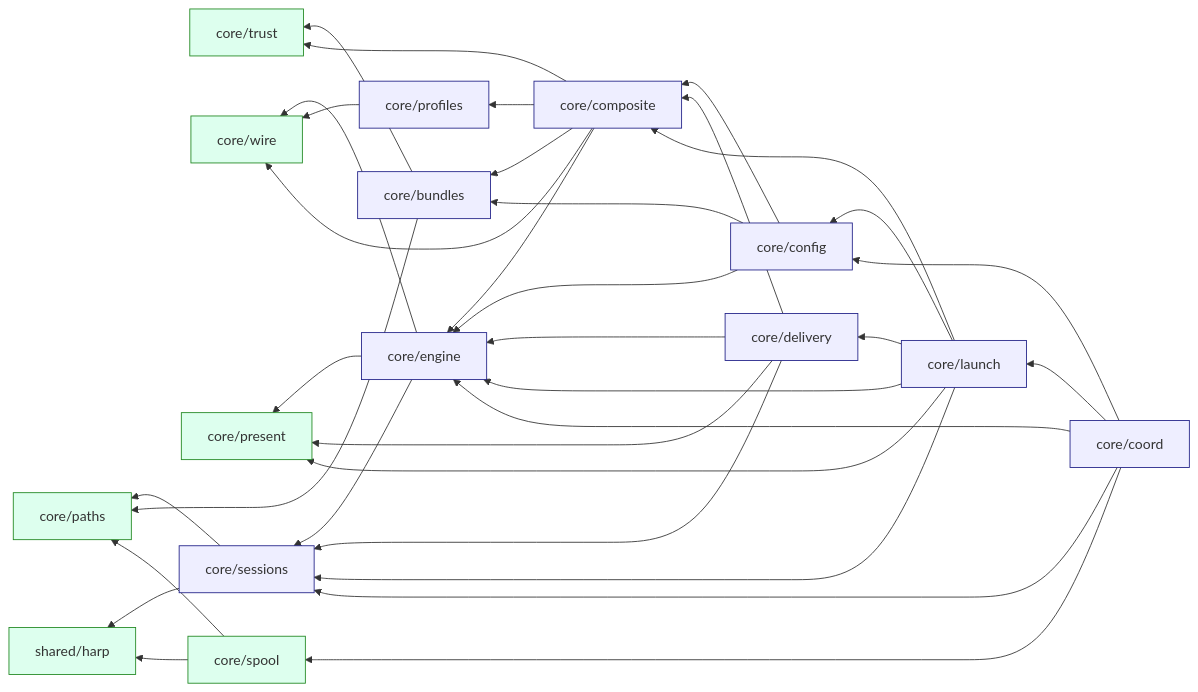
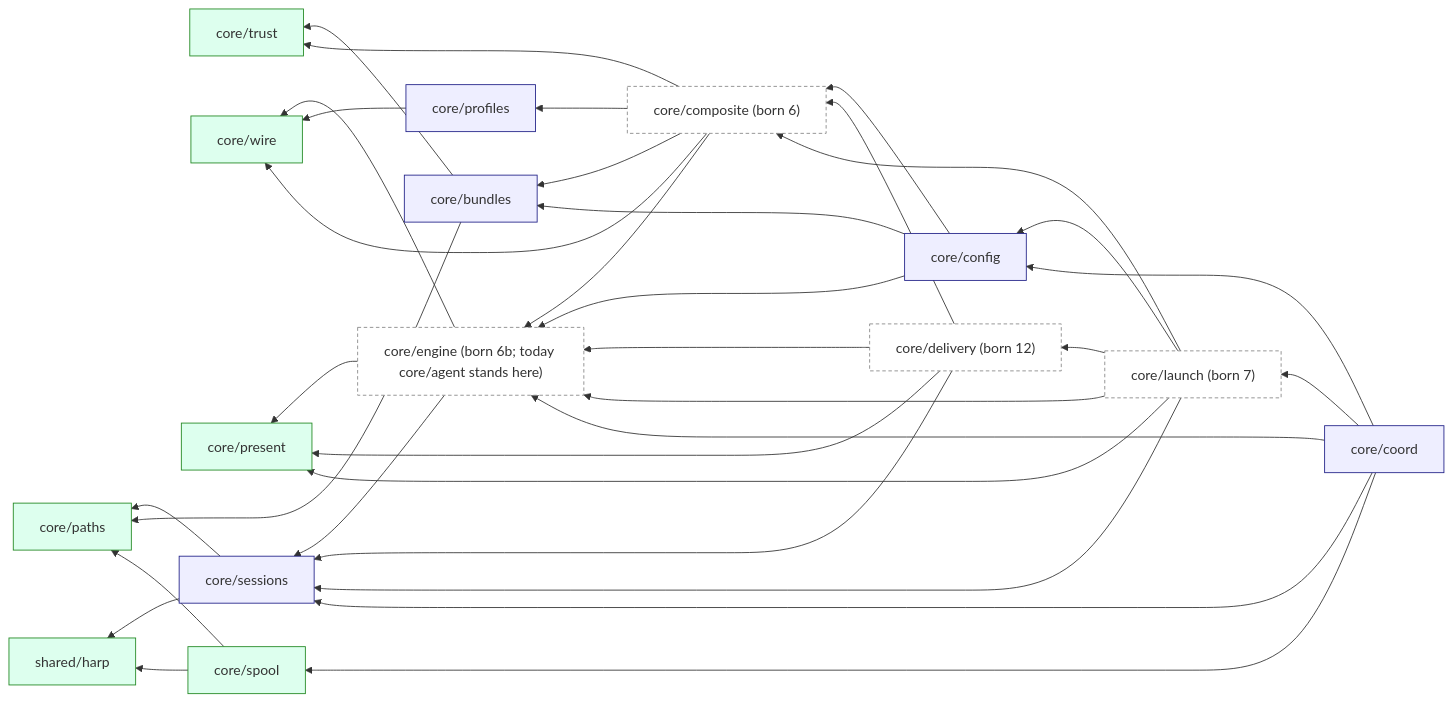
One commit to ctxloom/ctxloom changed the first of 5 diagrams in docs/architecture/audit-2026-09-18/30-decided-architecture.md. Above: the diagram before and after it, drawn with Mermaid. The commit also changed other lines of this file and 2 other files, not shown here.

First line of the commit message:
docs(architecture): the rings' graphs describe the landed tree

````diff
--- a/docs/architecture/audit-2026-09-18/30-decided-architecture.md
+++ b/docs/architecture/audit-2026-09-18/30-decided-architecture.md
@@ -59,30 +59,31 @@
 ```mermaid
 flowchart RL
   classDef leaf fill:#dfe,stroke:#282
   classDef core fill:#eef,stroke:#228
+  classDef later fill:#fff,stroke:#888,stroke-dasharray:4 3
   HARP[shared/harp]:::leaf
   PATHS[core/paths]:::leaf
   TRUST[core/trust]:::leaf
   WIRE[core/wire]:::leaf
   PRES[core/present]:::leaf
   SPOOL[core/spool]:::leaf
   SESS[core/sessions]:::core
-  ENG[core/engine]:::core
+  ENG["core/engine (born 6b; today core/agent stands here)"]:::later
   BUN[core/bundles]:::core
   PROF[core/profiles]:::core
-  COMP[core/composite]:::core
+  COMP["core/composite (born 6)"]:::later
   CFG[core/config]:::core
-  DELIV[core/delivery]:::core
-  LAUNCH[core/launch]:::core
+  DELIV["core/delivery (born 12)"]:::later
+  LAUNCH["core/launch (born 7)"]:::later
   COORD[core/coord]:::core
   SESS --> PATHS & HARP
   ENG --> SESS & PRES & WIRE
   BUN --> TRUST & PATHS
   PROF --> WIRE
   COMP --> BUN & PROF & TRUST & WIRE & ENG
   CFG --> BUN & COMP & ENG
   DELIV --> ENG & COMP & PRES & SESS
   LAUNCH --> ENG & COMP & DELIV & SESS & CFG & PRES
   COORD --> SESS & SPOOL & LAUNCH & CFG & ENG
   SPOOL --> PATHS & HARP
 ```
````
